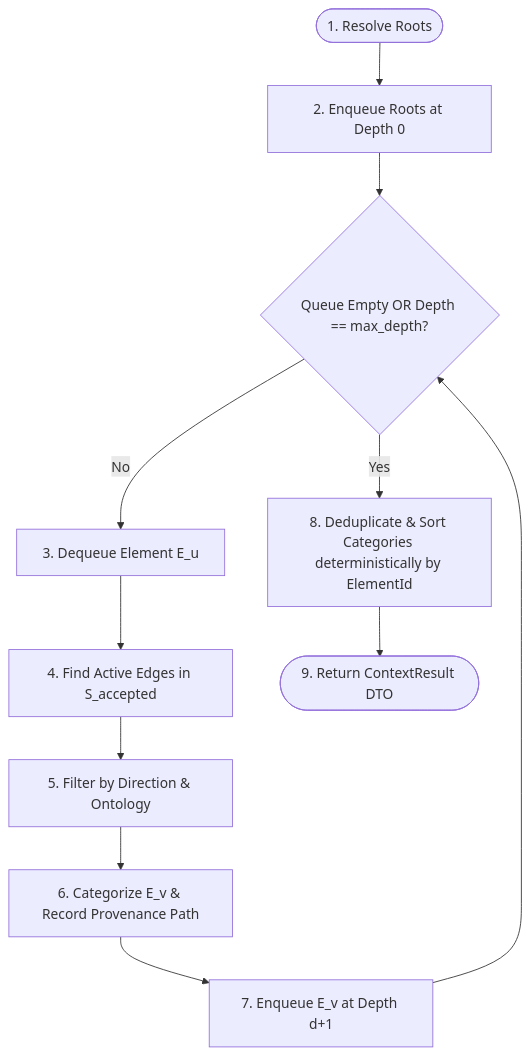
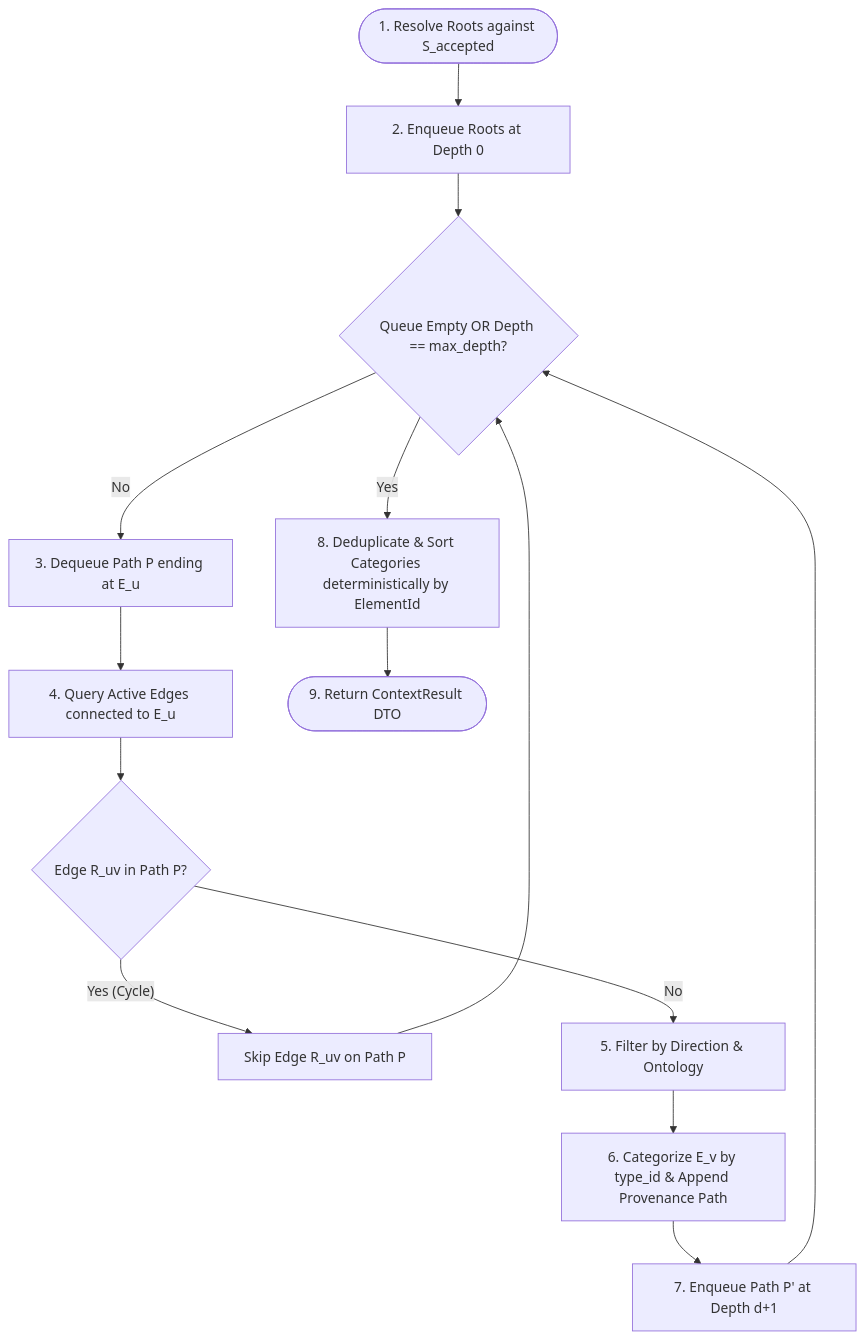
The diagram in docs/implementation/v0.4/context-model.md (josucueva/kat), drawn with Mermaid before and after one commit. The commit also changed other lines of this file and 1 other file, not shown here.

Commit message:
docs(v0.4): update context-model refinements and add graph-quality-model specification

````diff
--- a/docs/implementation/v0.4/context-model.md
+++ b/docs/implementation/v0.4/context-model.md
@@ -118,12 +169,14 @@
 ```mermaid
 flowchart TD
-    Init([1. Resolve Roots]) --> Queue[2. Enqueue Roots at Depth 0]
+    Init([1. Resolve Roots against S_accepted]) --> Queue[2. Enqueue Roots at Depth 0]
     Queue --> Loop{Queue Empty OR Depth == max_depth?}
-    Loop -- No --> Dequeue[3. Dequeue Element E_u]
-    Dequeue --> Edges[4. Find Active Edges in S_accepted]
-    Edges --> Filter[5. Filter by Direction & Ontology]
-    Filter --> Record[6. Categorize E_v & Record Provenance Path]
-    Record --> Enqueue[7. Enqueue E_v at Depth d+1] --> Loop
+    Loop -- No --> Dequeue[3. Dequeue Path P ending at E_u]
+    Dequeue --> Edges[4. Query Active Edges connected to E_u]
+    Edges --> CycleCheck{Edge R_uv in Path P?}
+    CycleCheck -- Yes (Cycle) --> Skip[Skip Edge R_uv on Path P] --> Loop
+    CycleCheck -- No --> Filter[5. Filter by Direction & Ontology]
+    Filter --> Record[6. Categorize E_v by type_id & Append Provenance Path]
+    Record --> Enqueue[7. Enqueue Path P' at Depth d+1] --> Loop
     Loop -- Yes --> Sort[8. Deduplicate & Sort Categories deterministically by ElementId]
     Sort --> Finish([9. Return ContextResult DTO])
 ```
````
